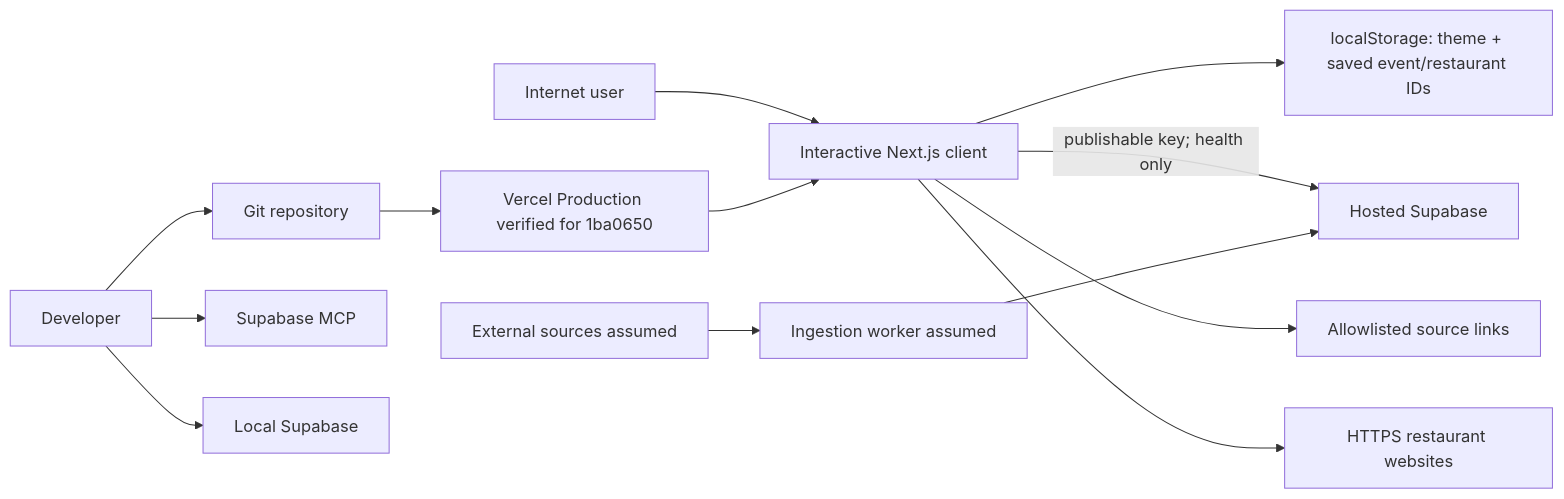
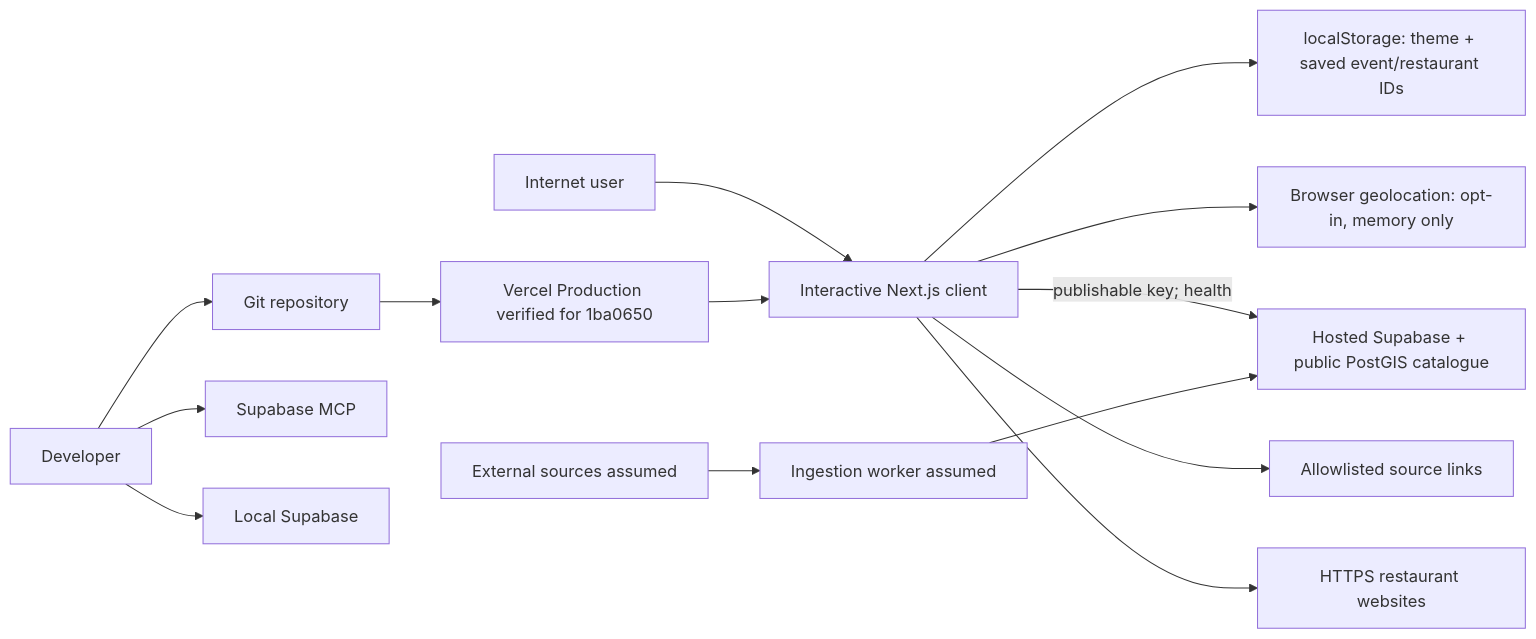
The diagram in docs/security/staden-threat-model.md (kevinmarqfarh/Staden), drawn with Mermaid before and after one commit. The commit also changed other lines of this file and 86 other files, not shown here.

````diff
--- a/docs/security/staden-threat-model.md
+++ b/docs/security/staden-threat-model.md
@@ -60,15 +62,16 @@
 ```mermaid
 flowchart LR
     Dev["Developer"] --> Git["Git repository"]
     Dev --> MCP["Supabase MCP"]
     Dev --> Local["Local Supabase"]
     User["Internet user"] --> App["Interactive Next.js client"]
     App --> LocalState["localStorage: theme + saved event/restaurant IDs"]
-    App -->|"publishable key; health only"| Cloud["Hosted Supabase"]
+    App --> Geo["Browser geolocation: opt-in, memory only"]
+    App -->|"publishable key; health"| Cloud["Hosted Supabase + public PostGIS catalogue"]
     App --> SourcesNow["Allowlisted source links"]
     App --> RestaurantSites["HTTPS restaurant websites"]
     Sources["External sources assumed"] --> Worker["Ingestion worker assumed"]
     Worker --> Cloud
     Git --> Deploy["Vercel Production verified for 1ba0650"]
     Deploy --> App
 ```
````
